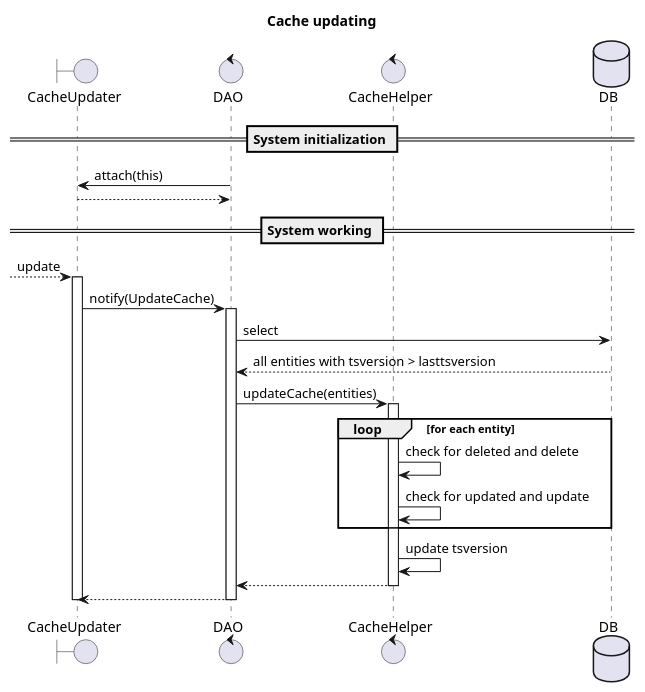
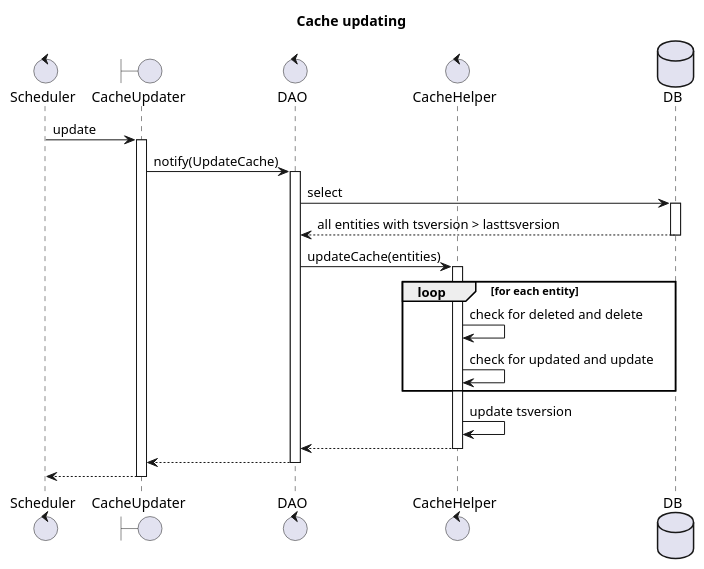
The diagram in diagrams/cache/update.puml (bwsw/simple-rtb-exchange), drawn with PlantUML before and after one commit. The commit also changed 1 other file, not shown here.

Commit message:
#2602 - diagrams changed

```diff
--- a/diagrams/cache/update.puml
+++ b/diagrams/cache/update.puml
@@ -1,37 +1,36 @@
 @startuml
 
 title: Cache updating
 
+control Scheduler
 boundary CacheUpdater
 control DAO
 control CacheHelper
 database DB
 
-== System initialization ==
-
-DAO -> CacheUpdater: attach(this)
-DAO <-- CacheUpdater
-
-== System working ==
-
-[--> CacheUpdater: update
+Scheduler-> CacheUpdater: update
 
 activate CacheUpdater
     CacheUpdater -> DAO: notify(UpdateCache)
     activate DAO
         DAO -> DB: select
+        activate DB
         DAO <-- DB: all entities with tsversion > lasttsversion
+        deactivate DB
         DAO -> CacheHelper: updateCache(entities)
         activate CacheHelper
             loop for each entity
                 CacheHelper -> CacheHelper: check for deleted and delete
                 CacheHelper -> CacheHelper: check for updated and update
             end
             CacheHelper -> CacheHelper: update tsversion
             CacheHelper --> DAO
         deactivate CacheHelper
         DAO --> CacheUpdater
     deactivate DAO
+    Scheduler<-- CacheUpdater
 deactivate CacheUpdater
 
+
+
 @enduml
```
